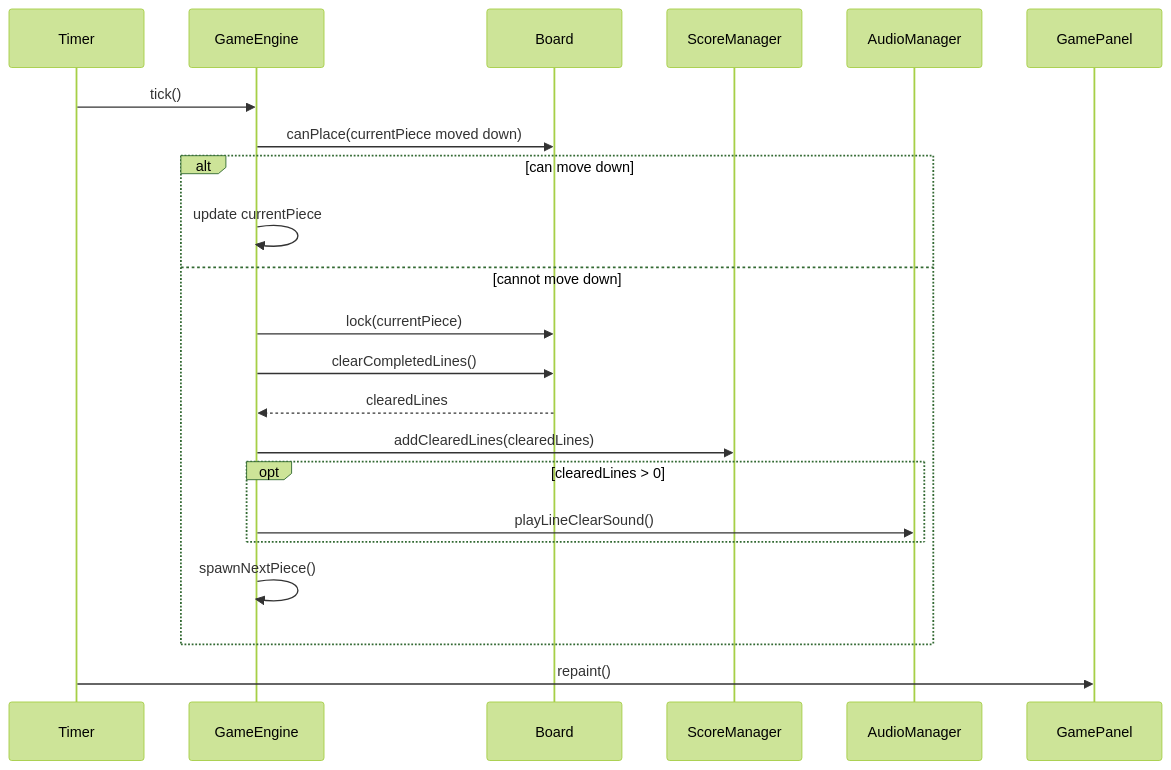
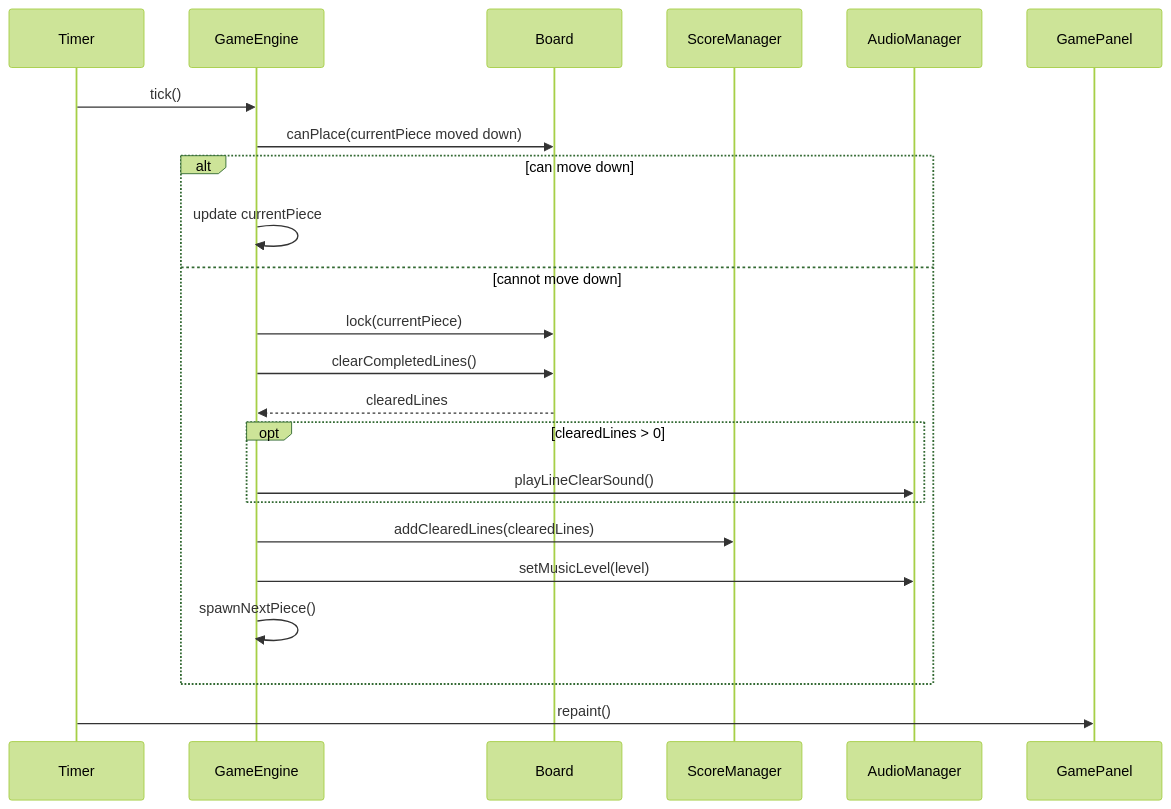
One commit to sheng-luen-chung/java-swing-tetris changed the fourth of 7 diagrams in docs/uml-class-design.md. Above: the diagram before and after it, drawn with Mermaid (forest theme). The commit also changed other lines of this file, not shown here.

Commit message:
更新 UML 設計文件

````diff
--- a/docs/uml-class-design.md
+++ b/docs/uml-class-design.md
@@ -229,25 +269,26 @@
 ```mermaid
 sequenceDiagram
     participant Timer
     participant GameEngine
     participant Board
     participant ScoreManager
     participant AudioManager
     participant GamePanel
 
     Timer->>GameEngine: tick()
     GameEngine->>Board: canPlace(currentPiece moved down)
     alt can move down
         GameEngine->>GameEngine: update currentPiece
     else cannot move down
         GameEngine->>Board: lock(currentPiece)
         GameEngine->>Board: clearCompletedLines()
         Board-->>GameEngine: clearedLines
-        GameEngine->>ScoreManager: addClearedLines(clearedLines)
         opt clearedLines > 0
             GameEngine->>AudioManager: playLineClearSound()
         end
+        GameEngine->>ScoreManager: addClearedLines(clearedLines)
+        GameEngine->>AudioManager: setMusicLevel(level)
         GameEngine->>GameEngine: spawnNextPiece()
     end
     Timer->>GamePanel: repaint()
 ```
````
